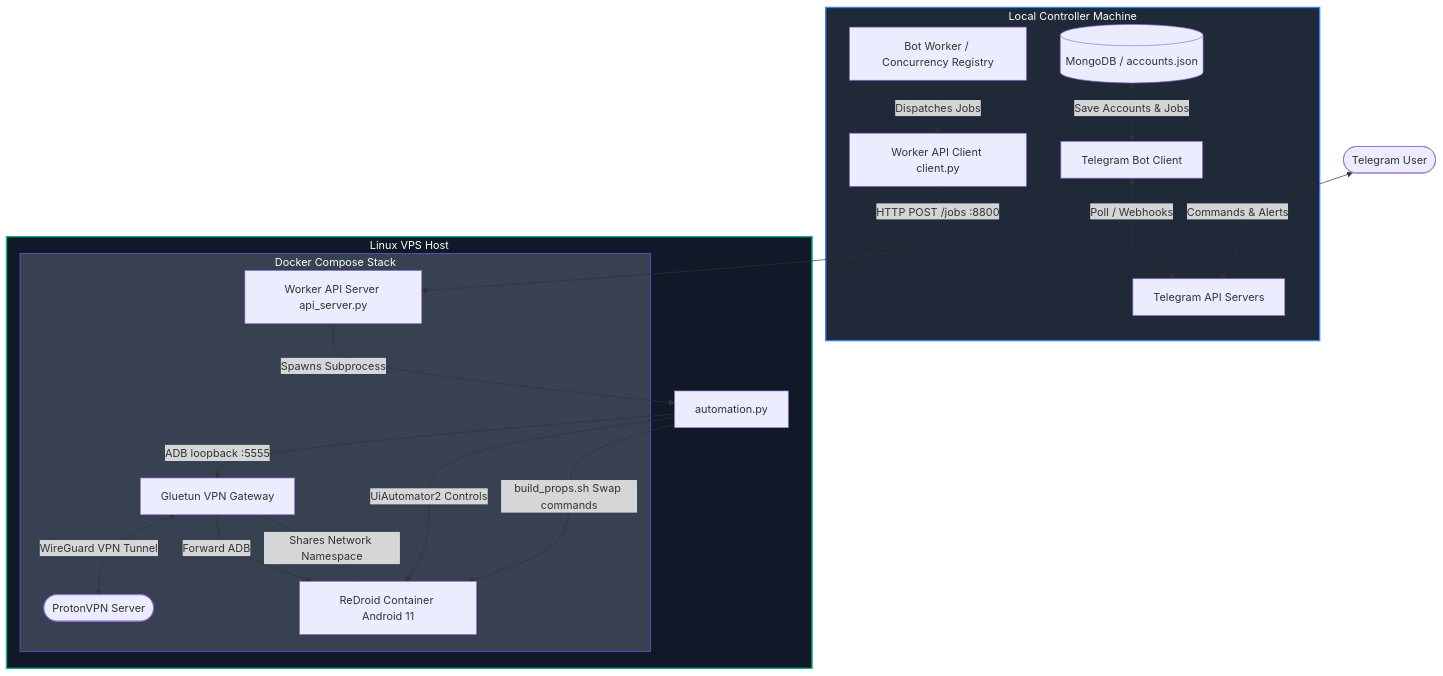
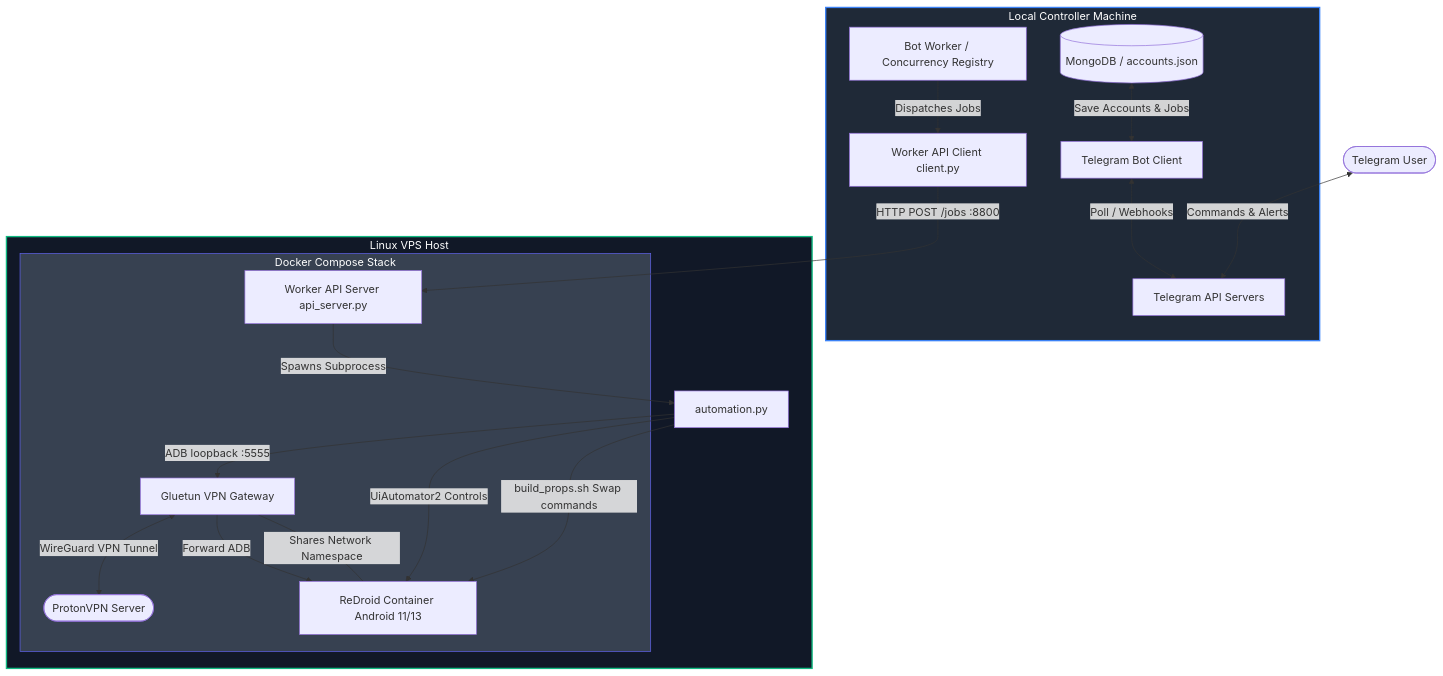
Before and after one commit to MuajAmin/pixel10-bot-automation: the diagram in README.md, drawn with Mermaid. The commit also changed other lines of this file, not shown here.

Commit message:
docs: comprehensive rewrite of README.md based on codebase architecture analysis

````diff
--- a/README.md
+++ b/README.md
@@ -11,29 +11,29 @@
 ```mermaid
 graph TD
     User([Telegram User]) <-->|Commands & Alerts| TelegramAPI[Telegram API Servers]
     
     subgraph LocalController [Local Controller Machine]
         TelegramBot[Telegram Bot Client] <-->|Poll / Webhooks| TelegramAPI
         BotWorker[Bot Worker / Concurrency Registry] -->|Dispatches Jobs| ClientAPI[Worker API Client client.py]
         LocalDB[(MongoDB / accounts.json)] <-->|Save Accounts & Jobs| TelegramBot
     end
     
     subgraph VPSHost [Linux VPS Host]
         subgraph DockerStack [Docker Compose Stack]
             Gluetun[Gluetun VPN Gateway] <-->|WireGuard VPN Tunnel| VPNProvider([ProtonVPN Server])
-            ReDroid[ReDroid Container Android 11] ---|Shares Network Namespace| Gluetun
+            ReDroid[ReDroid Container Android 11/13] ---|Shares Network Namespace| Gluetun
             WorkerAPI[Worker API Server api_server.py]
         end
         
         ClientAPI -->|HTTP POST /jobs :8800| WorkerAPI
         WorkerAPI -->|Spawns Subprocess| AutomationScript[automation.py]
         AutomationScript -->|ADB loopback :5555| Gluetun
         Gluetun -->|Forward ADB| ReDroid
         AutomationScript -->|UiAutomator2 Controls| ReDroid
         AutomationScript -->|build_props.sh Swap commands| ReDroid
     end
     
     style LocalController fill:#1f2937,stroke:#3b82f6,stroke-width:2px,color:#fff
     style VPSHost fill:#111827,stroke:#10b981,stroke-width:2px,color:#fff
     style DockerStack fill:#374151,stroke:#6366f1,stroke-width:1px,color:#fff
 ```
````
